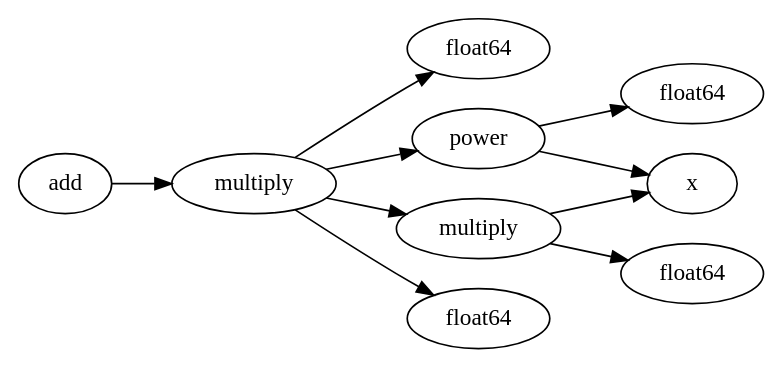
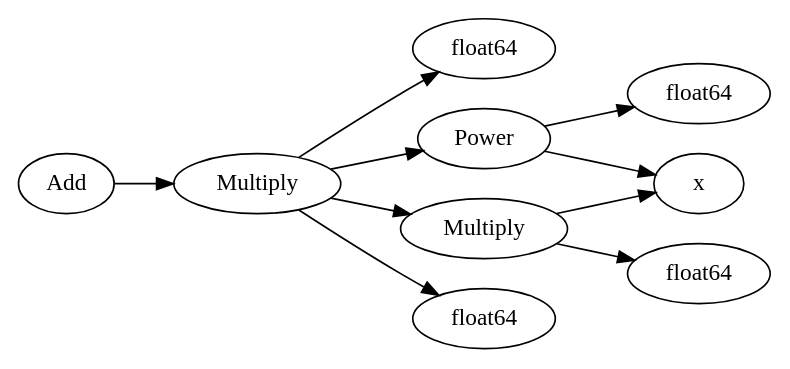
The diagram in project2/graph_out/tt/function3.gv (WackAlley/worksheet), drawn with Graphviz before and after one commit. The commit also changed 178 other files, not shown here.

```diff
--- a/project2/graph_out/tt/function3.gv
+++ b/project2/graph_out/tt/function3.gv
@@ -1,22 +1,22 @@
 digraph function3 {
 	rankdir=LR
-	139896267692912 [label=add]
-	139896267700752 [label=multiply]
-	139896267692912 -> 139896267700752
-	139896274163904 [label=float64]
-	139896267700752 -> 139896274163904
-	139896268032336 [label=power]
-	139896267700752 -> 139896268032336
-	139899301835984 [label=x]
-	139896268032336 -> 139899301835984
-	139896274164176 [label=float64]
-	139896268032336 -> 139896274164176
-	139896266162736 [label=multiply]
-	139896267700752 -> 139896266162736
-	139896268034128 [label=float64]
-	139896266162736 -> 139896268034128
-	139899301835984 [label=x]
-	139896266162736 -> 139899301835984
-	139896266163216 [label=float64]
-	139896267700752 -> 139896266163216
+	140659223046512 [label=Add]
+	140659223043152 [label=Multiply]
+	140659223046512 -> 140659223043152
+	140659230792416 [label=float64]
+	140659223043152 -> 140659230792416
+	140660673101904 [label=Power]
+	140659223043152 -> 140660673101904
+	140659231263104 [label=x]
+	140660673101904 -> 140659231263104
+	140659230794592 [label=float64]
+	140660673101904 -> 140659230794592
+	140659230784112 [label=Multiply]
+	140659223043152 -> 140659230784112
+	140660673107536 [label=float64]
+	140659230784112 -> 140660673107536
+	140659231263104 [label=x]
+	140659230784112 -> 140659231263104
+	140659230781952 [label=float64]
+	140659223043152 -> 140659230781952
 }
```
